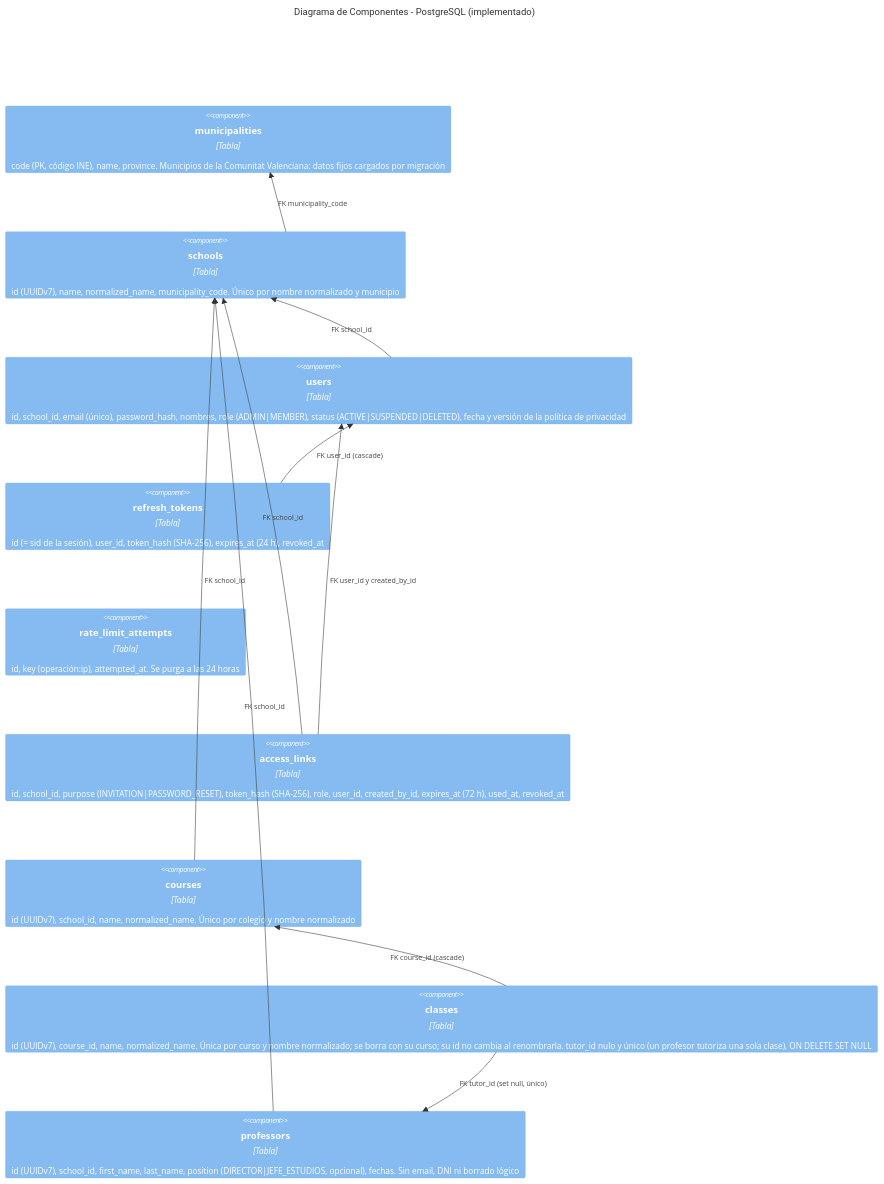
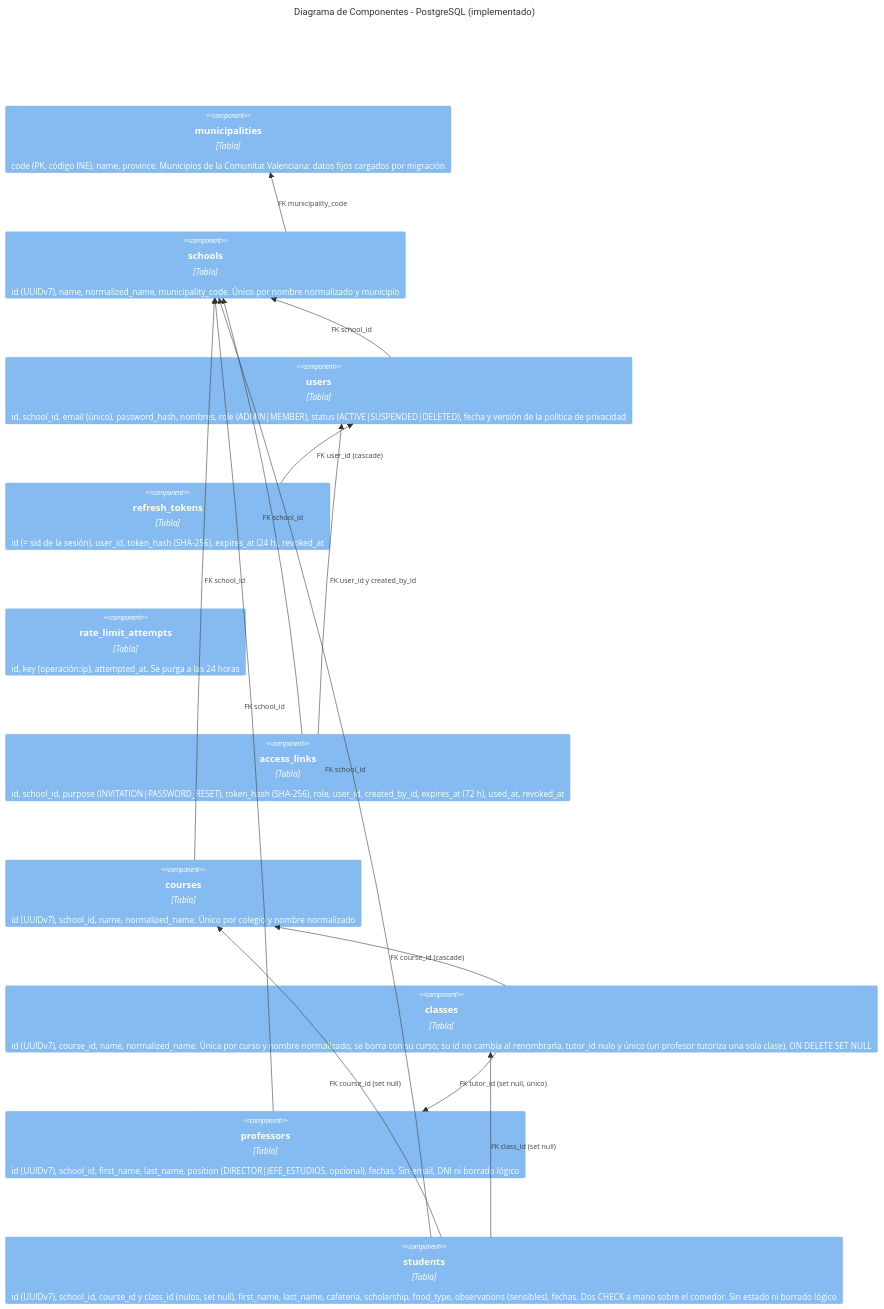
One commit to kiketon007/CalendarSchool changed the fifth of 15 diagrams in docs/arquitectura/DIAGRAMA_C4.md. Above: the diagram before and after it, drawn with Mermaid. The commit also changed other lines of this file and 18 other files, not shown here.

````diff
--- a/docs/arquitectura/DIAGRAMA_C4.md
+++ b/docs/arquitectura/DIAGRAMA_C4.md
@@ -195,24 +203,28 @@
 ```mermaid
 C4Component
     title Diagrama de Componentes - PostgreSQL (implementado)
 
     Component(municipalities, "municipalities", "Tabla", "code (PK, código INE), name, province. Municipios de la Comunitat Valenciana: datos fijos cargados por migración")
     Component(schools, "schools", "Tabla", "id (UUIDv7), name, normalized_name, municipality_code. Único por nombre normalizado y municipio")
     Component(users, "users", "Tabla", "id, school_id, email (único), password_hash, nombres, role (ADMIN|MEMBER), status (ACTIVE|SUSPENDED|DELETED), fecha y versión de la política de privacidad")
     Component(refresh, "refresh_tokens", "Tabla", "id (= sid de la sesión), user_id, token_hash (SHA-256), expires_at (24 h), revoked_at")
     Component(attempts, "rate_limit_attempts", "Tabla", "id, key (operación:ip), attempted_at. Se purga a las 24 horas")
     Component(links, "access_links", "Tabla", "id, school_id, purpose (INVITATION|PASSWORD_RESET), token_hash (SHA-256), role, user_id, created_by_id, expires_at (72 h), used_at, revoked_at")
     Component(courses, "courses", "Tabla", "id (UUIDv7), school_id, name, normalized_name. Único por colegio y nombre normalizado")
     Component(classes, "classes", "Tabla", "id (UUIDv7), course_id, name, normalized_name. Única por curso y nombre normalizado; se borra con su curso; su id no cambia al renombrarla. tutor_id nulo y único (un profesor tutoriza una sola clase), ON DELETE SET NULL")
     Component(professors, "professors", "Tabla", "id (UUIDv7), school_id, first_name, last_name, position (DIRECTOR|JEFE_ESTUDIOS, opcional), fechas. Sin email, DNI ni borrado lógico")
+    Component(students, "students", "Tabla", "id (UUIDv7), school_id, course_id y class_id (nulos, set null), first_name, last_name, cafeteria, scholarship, food_type, observations (sensibles), fechas. Dos CHECK a mano sobre el comedor. Sin estado ni borrado lógico")
 
     Rel(schools, municipalities, "FK municipality_code")
     Rel(users, schools, "FK school_id")
     Rel(refresh, users, "FK user_id (cascade)")
     Rel(links, schools, "FK school_id")
     Rel(links, users, "FK user_id y created_by_id")
     Rel(courses, schools, "FK school_id")
     Rel(professors, schools, "FK school_id")
+    Rel(students, schools, "FK school_id")
+    Rel(students, courses, "FK course_id (set null)")
+    Rel(students, classes, "FK class_id (set null)")
     Rel(classes, courses, "FK course_id (cascade)")
     Rel(classes, professors, "FK tutor_id (set null, único)")
 ```
````
